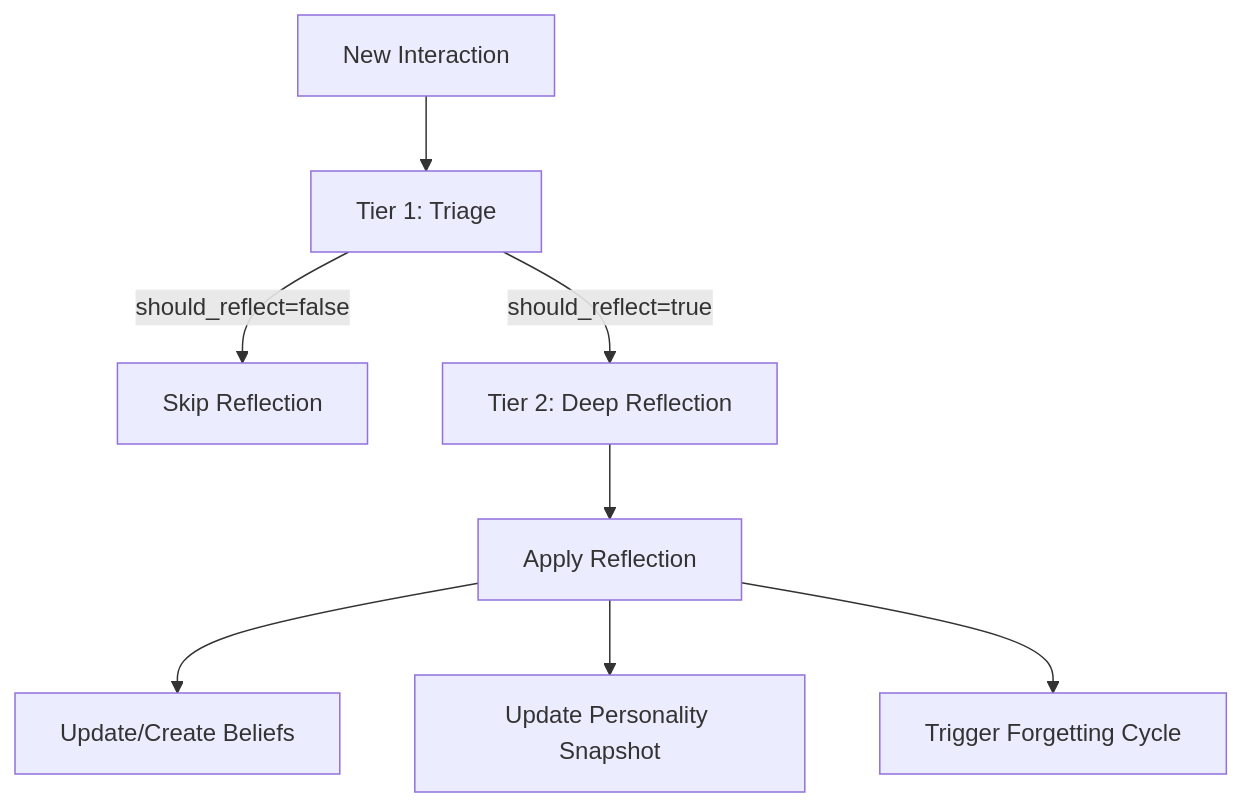
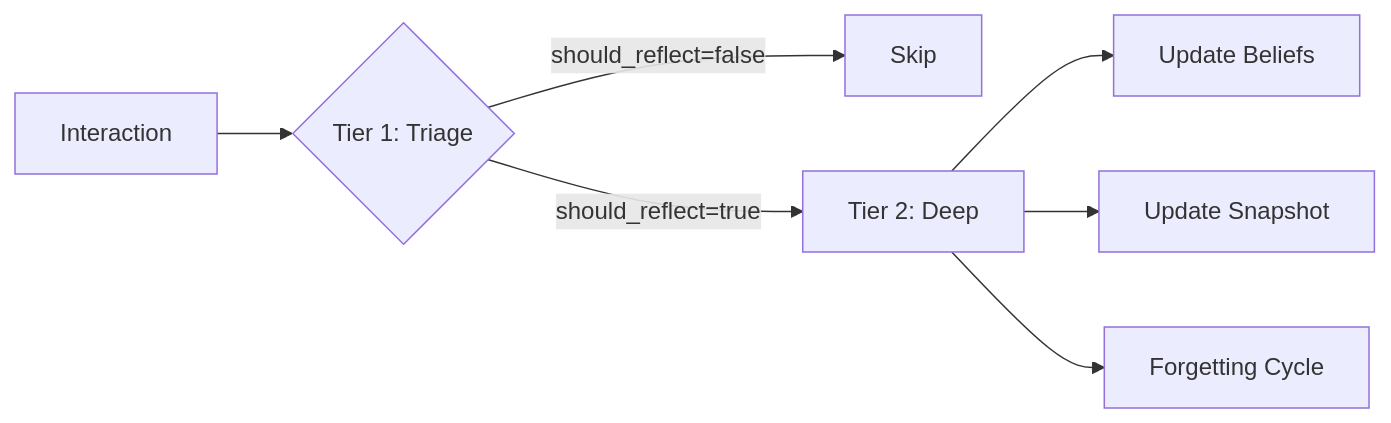
Before and after one commit to Okm165/Sonality: the diagram in docs/concepts/reflection.md, drawn with Mermaid. The commit also changed other lines of this file and 3 other files, not shown here.

````diff
--- a/docs/concepts/reflection.md
+++ b/docs/concepts/reflection.md
@@ -21,11 +7,9 @@
 ```mermaid
-flowchart TD
-    Interaction[New Interaction] --> Triage[Tier 1: Triage]
-    Triage -->|should_reflect=false| Skip[Skip Reflection]
-    Triage -->|should_reflect=true| Deep[Tier 2: Deep Reflection]
-    
-    Deep --> Apply[Apply Reflection]
-    Apply --> UpdateBeliefs[Update/Create Beliefs]
-    Apply --> UpdateSnapshot[Update Personality Snapshot]
-    Apply --> Forgetting[Trigger Forgetting Cycle]
+flowchart LR
+    Interaction --> Triage{Tier 1: Triage}
+    Triage -->|should_reflect=false| Skip[Skip]
+    Triage -->|should_reflect=true| Deep[Tier 2: Deep]
+    Deep --> Beliefs[Update Beliefs]
+    Deep --> Snapshot[Update Snapshot]
+    Deep --> Forget[Forgetting Cycle]
 ```
````
